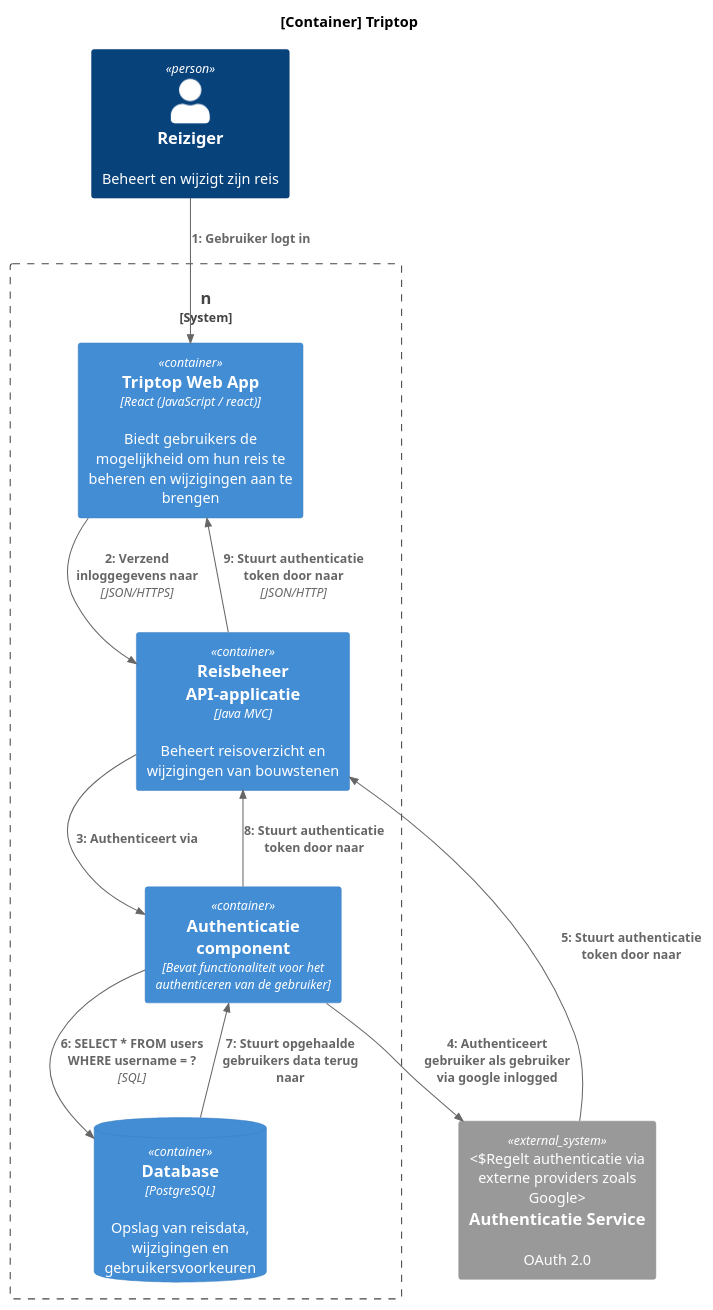
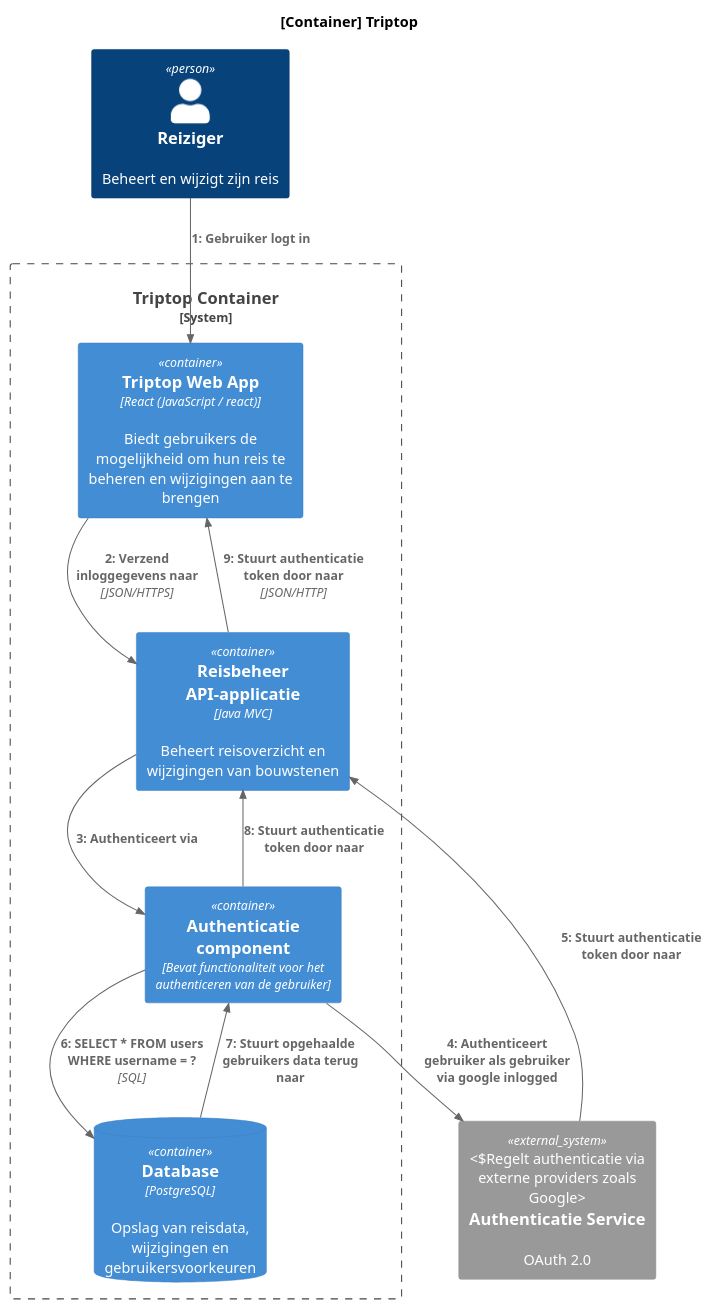
Before and after one commit to AIM-ENE-feb25/triptop-groep-4-afscheidscadeau-voor-juf-kim: the diagram in opdracht-diagrammen/Dynamisch Diagram inloggen.puml, drawn with PlantUML.

Commit message:
Geen major verandering - Diagram ziet er goed uit
 - Diagram ziet er goed uit

````diff
--- a/opdracht-diagrammen/Dynamisch Diagram inloggen.puml
+++ b/opdracht-diagrammen/Dynamisch Diagram inloggen.puml
@@ -1,40 +1,40 @@
 @startuml
 !include https://raw.githubusercontent.com/plantuml-stdlib/C4-PlantUML/master/C4_Dynamic.puml
 
 
 title [Container] Triptop
 
 Person(user, "Reiziger", "Beheert en wijzigt zijn reis")
 
-System_Boundary(triptop, "n") {
+System_Boundary(triptop, "Triptop Container") {
 
     Container(web, "Triptop Web App", "React (JavaScript / react)", "Biedt gebruikers de mogelijkheid om hun reis te beheren en wijzigingen aan te brengen")
 
 '    Nodig?
 '    Container(api, "API Gateway", "Java MVC", "")
 
     Container(trip_manager, "Reisbeheer API-applicatie", "Java MVC", "Beheert reisoverzicht en wijzigingen van bouwstenen")
 
     ContainerDb(db, "Database", "PostgreSQL", "Opslag van reisdata, wijzigingen en gebruikersvoorkeuren")
 
     Container(authenticatie, "Authenticatie component", "Bevat functionaliteit voor het authenticeren van de gebruiker")
 
 }
 
 System_Ext(authService, "Authenticatie Service", "OAuth 2.0", "Regelt authenticatie via externe providers zoals Google")
 
 Rel(user, web, "Gebruiker logt in")
 Rel(web, trip_manager, "Verzend inloggegevens naar", JSON/HTTPS)
 
 Rel(trip_manager, authenticatie, "Authenticeert via")
 Rel(authenticatie, authService, "Authenticeert gebruiker als gebruiker via google inlogged")
 Rel(authService, trip_manager, "Stuurt authenticatie token door naar")
 
 Rel(authenticatie, db,"SELECT * FROM users WHERE username = ?", "SQL")
 Rel(db, authenticatie, "Stuurt opgehaalde gebruikers data terug naar")
 Rel(authenticatie, trip_manager, "Stuurt authenticatie token door naar")
 Rel(trip_manager, web, "Stuurt authenticatie token door naar", "JSON/HTTP")
 
 
 
 @enduml```
````
